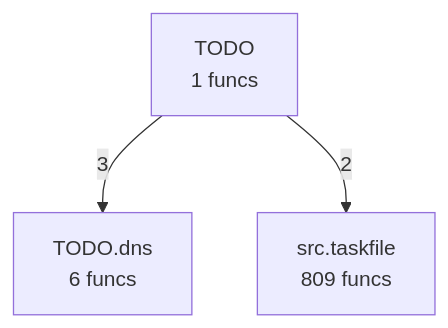
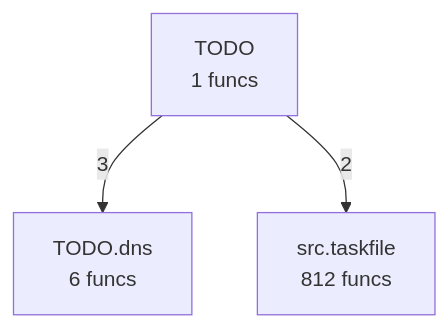
One commit to pyfunc/taskfile changed the diagram in project/compact_flow.mmd. Above: the diagram before and after it, drawn with Mermaid. The commit also changed 25 other files, not shown here.

```diff
--- a/project/compact_flow.mmd
+++ b/project/compact_flow.mmd
@@ -1,6 +1,6 @@
 flowchart TD
     TODO["TODO<br/>1 funcs"]
     TODO__dns["TODO.dns<br/>6 funcs"]
-    src__taskfile["src.taskfile<br/>809 funcs"]
+    src__taskfile["src.taskfile<br/>812 funcs"]
     TODO -->|3| TODO__dns
     TODO -->|2| src__taskfile
```
